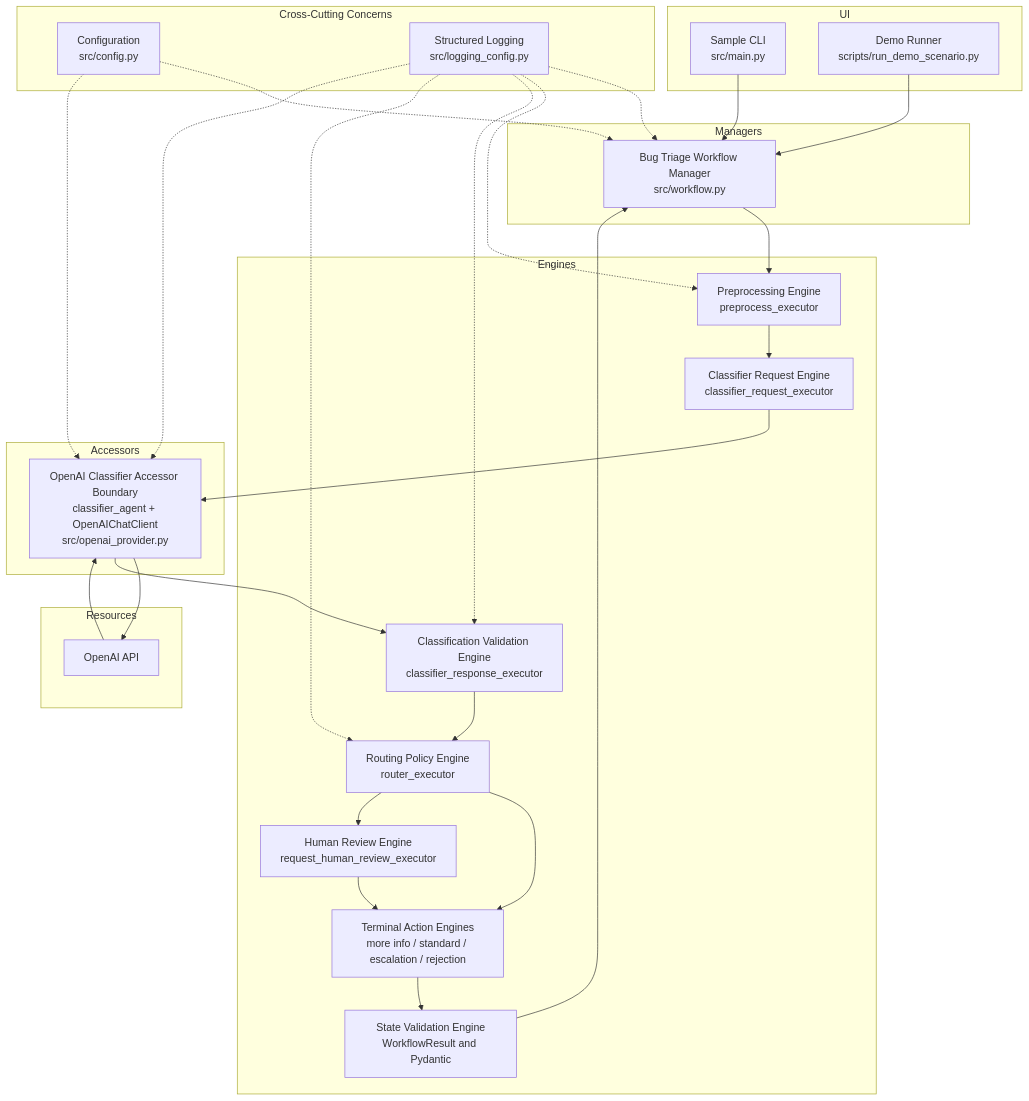
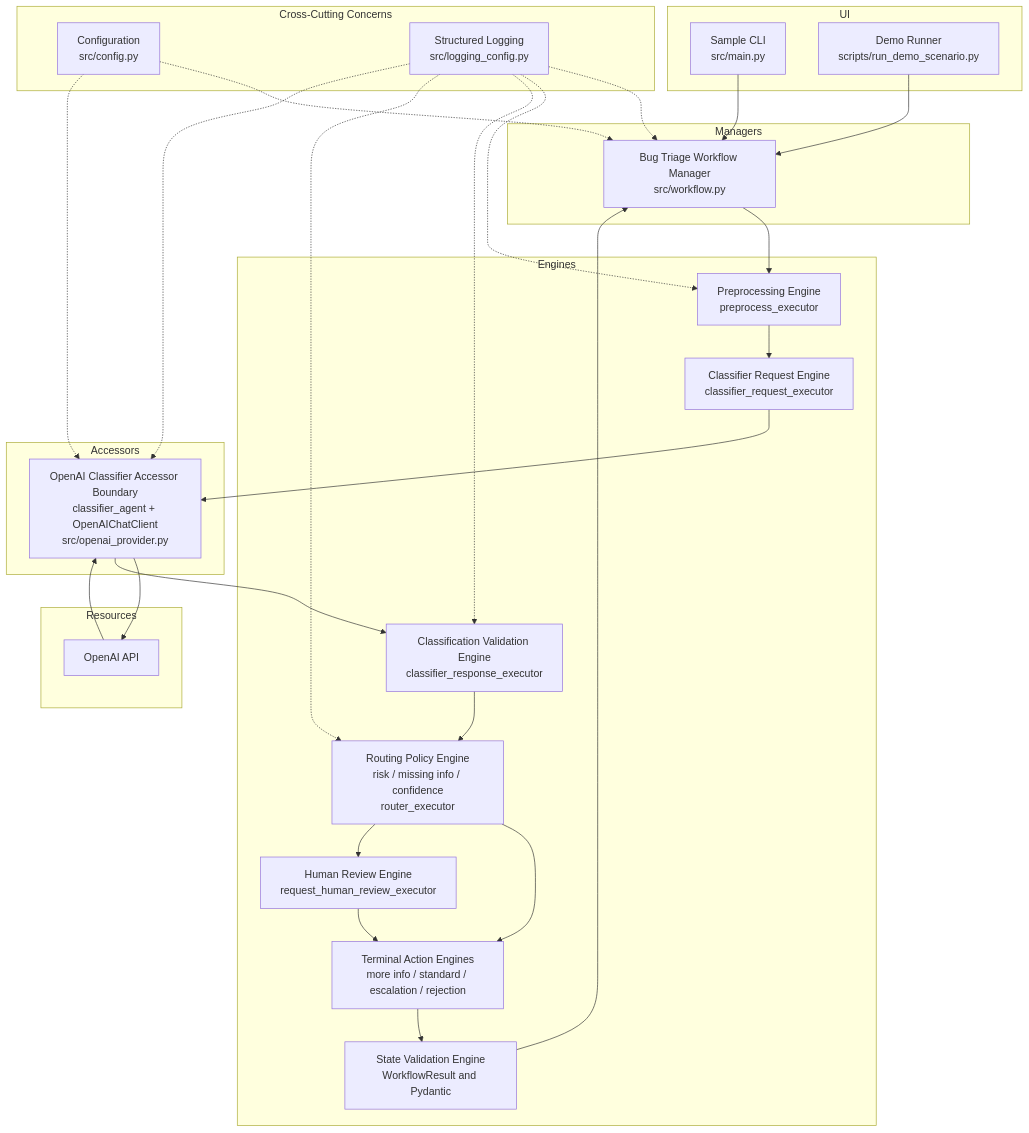
The first of 3 diagrams in README.md (acutedev/bug-triage-workflow-python), drawn with Mermaid before and after one commit. The commit also changed other lines of this file, not shown here.

Commit message:
Document low-confidence review workflow

````diff
--- a/README.md
+++ b/README.md
@@ -83,56 +83,56 @@
 ```mermaid
 flowchart TB
   subgraph UI["UI"]
     main_cli["Sample CLI<br/>src/main.py"]
     demo_cli["Demo Runner<br/>scripts/run_demo_scenario.py"]
   end
 
   subgraph Managers["Managers"]
     workflow_manager["Bug Triage Workflow Manager<br/>src/workflow.py"]
   end
 
   subgraph Engines["Engines"]
     preprocess_engine["Preprocessing Engine<br/>preprocess_executor"]
     classifier_request_engine["Classifier Request Engine<br/>classifier_request_executor"]
     classifier_response_engine["Classification Validation Engine<br/>classifier_response_executor"]
-    routing_engine["Routing Policy Engine<br/>router_executor"]
+    routing_engine["Routing Policy Engine<br/>risk / missing info / confidence<br/>router_executor"]
     review_engine["Human Review Engine<br/>request_human_review_executor"]
     terminal_engines["Terminal Action Engines<br/>more info / standard / escalation / rejection"]
     state_engine["State Validation Engine<br/>WorkflowResult and Pydantic"]
   end
 
   subgraph Accessors["Accessors"]
     openai_accessor["OpenAI Classifier Accessor Boundary<br/>classifier_agent + OpenAIChatClient<br/>src/openai_provider.py"]
   end
 
   subgraph Resources["Resources"]
     openai_resource["OpenAI API"]
   end
 
   subgraph CrossCutting["Cross-Cutting Concerns"]
     configuration["Configuration<br/>src/config.py"]
     logging["Structured Logging<br/>src/logging_config.py"]
   end
 
   main_cli --> workflow_manager
   demo_cli --> workflow_manager
   workflow_manager --> preprocess_engine
   preprocess_engine --> classifier_request_engine
   classifier_request_engine --> openai_accessor
   openai_accessor --> openai_resource
   openai_resource --> openai_accessor
   openai_accessor --> classifier_response_engine
   classifier_response_engine --> routing_engine
   routing_engine --> terminal_engines
   routing_engine --> review_engine
   review_engine --> terminal_engines
   terminal_engines --> state_engine
   state_engine --> workflow_manager
   configuration -.-> workflow_manager
   configuration -.-> openai_accessor
   logging -.-> workflow_manager
   logging -.-> preprocess_engine
   logging -.-> classifier_response_engine
   logging -.-> routing_engine
   logging -.-> openai_accessor
 ```
````
